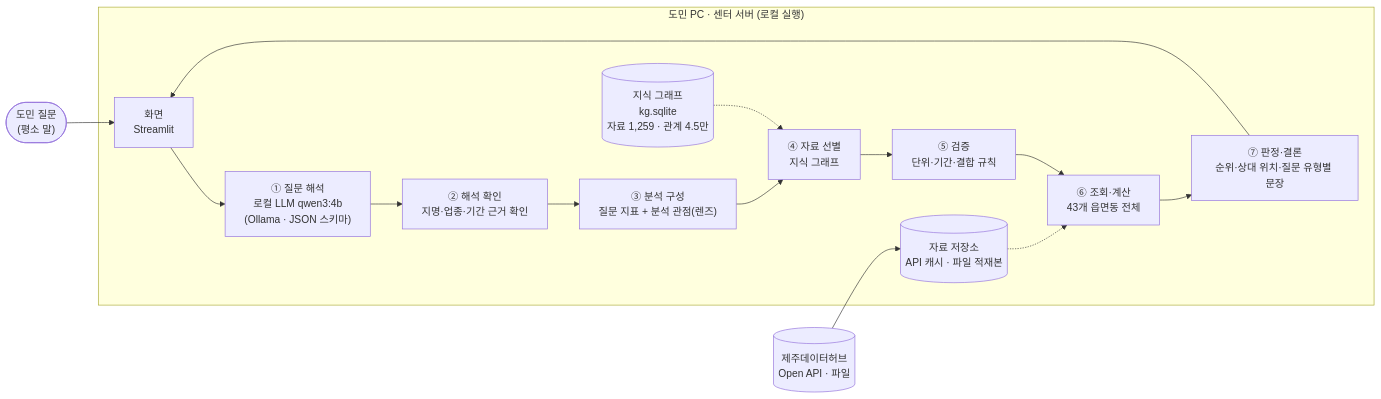
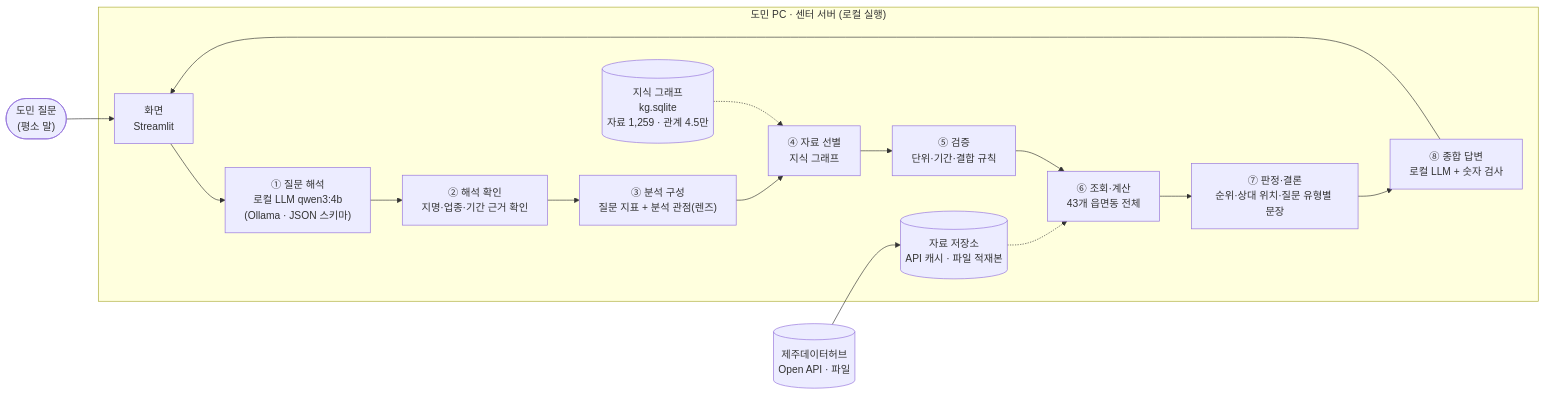
The first of 3 diagrams in README.md (joohayoung/jejuon-data-agent), drawn with Mermaid before and after one commit. The commit also changed other lines of this file and 5 other files, not shown here.

````diff
--- a/README.md
+++ b/README.md
@@ -58,19 +58,20 @@
 ```mermaid
 flowchart LR
     U(["도민 질문<br/>(평소 말)"]) --> UI["화면<br/>Streamlit"]
 
     subgraph LOCAL["도민 PC · 센터 서버 (로컬 실행)"]
         UI --> I["① 질문 해석<br/>로컬 LLM qwen3:4b<br/>(Ollama · JSON 스키마)"]
         I --> G["② 해석 확인<br/>지명·업종·기간 근거 확인"]
         G --> P["③ 분석 구성<br/>질문 지표 + 분석 관점(렌즈)"]
         P --> S["④ 자료 선별<br/>지식 그래프"]
         S --> V["⑤ 검증<br/>단위·기간·결합 규칙"]
         V --> C["⑥ 조회·계산<br/>43개 읍면동 전체"]
         C --> R["⑦ 판정·결론<br/>순위·상대 위치·질문 유형별 문장"]
-        R --> UI
+        R --> N["⑧ 종합 답변<br/>로컬 LLM + 숫자 검사"]
+        N --> UI
         KG[("지식 그래프<br/>kg.sqlite<br/>자료 1,259 · 관계 4.5만")] -.-> S
         CACHE[("자료 저장소<br/>API 캐시 · 파일 적재본")] -.-> C
     end
 
     HUB[("제주데이터허브<br/>Open API · 파일")] --> CACHE
 ```
````
